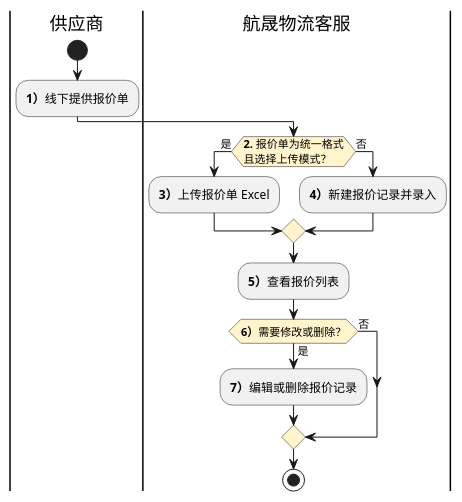
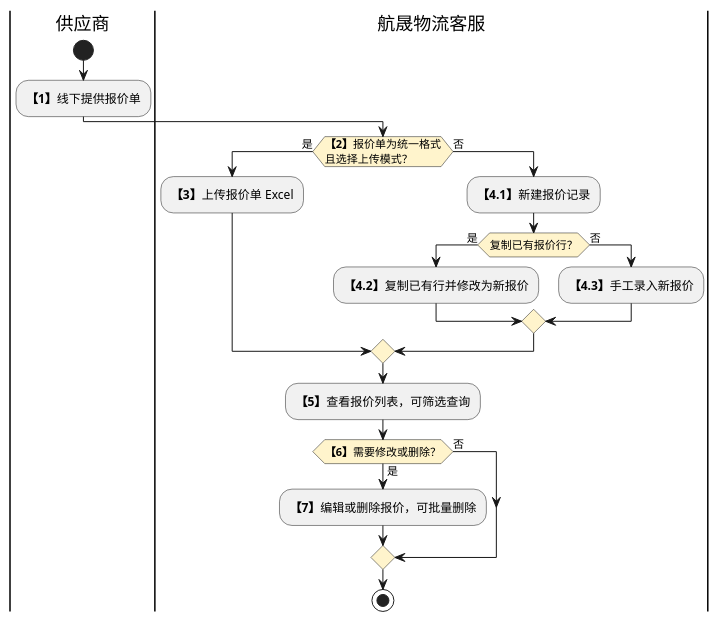
The first of 2 diagrams in product-caliber/goldjet/segmented-prd/PRD.高捷物流系统一期.第005篇.合作方报价-报价管理.92B1FD526A.md (jack888332/projects-doc), drawn with PlantUML before and after one commit. The commit also changed other lines of this file and 12 other files, not shown here.

Commit message:
完善DSL图

````diff
--- a/product-caliber/goldjet/segmented-prd/PRD.高捷物流系统一期.第005篇.合作方报价-报价管理.92B1FD526A.md
+++ b/product-caliber/goldjet/segmented-prd/PRD.高捷物流系统一期.第005篇.合作方报价-报价管理.92B1FD526A.md
@@ -59,20 +59,25 @@
 ```plantuml
 @startuml goldjet-005-supplier-quote-entry
 skinparam activityDiamondBackgroundColor #FFF4CC
 |供应商|
 start
-:**1）**线下提供报价单;
+:**【1】**线下提供报价单;
 |航晟物流客服|
-if (**2.** 报价单为统一格式\n且选择上传模式？) then (是)
-  :**3）**上传报价单 Excel;
+if (**【2】**报价单为统一格式\n且选择上传模式？) then (是)
+  :**【3】**上传报价单 Excel;
 else (否)
-  :**4）**新建报价记录并录入;
+  :**【4.1】**新建报价记录;
+  if (复制已有报价行？) then (是)
+    :**【4.2】**复制已有行并修改为新报价;
+  else (否)
+    :**【4.3】**手工录入新报价;
+  endif
 endif
-:**5）**查看报价列表;
-if (**6）**需要修改或删除？) then (是)
-  :**7）**编辑或删除报价记录;
+:**【5】**查看报价列表，可筛选查询;
+if (**【6】**需要修改或删除？) then (是)
+  :**【7】**编辑或删除报价，可批量删除;
 else (否)
 endif
 stop
 @enduml
 ```
````
